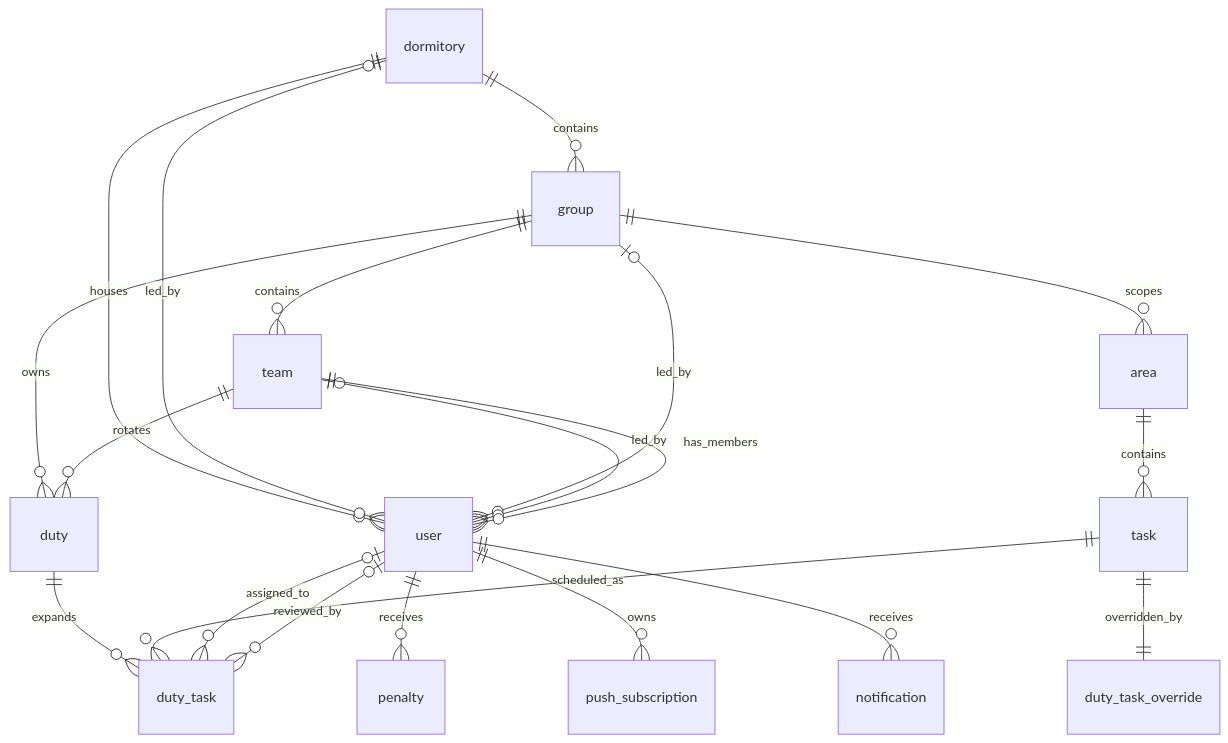
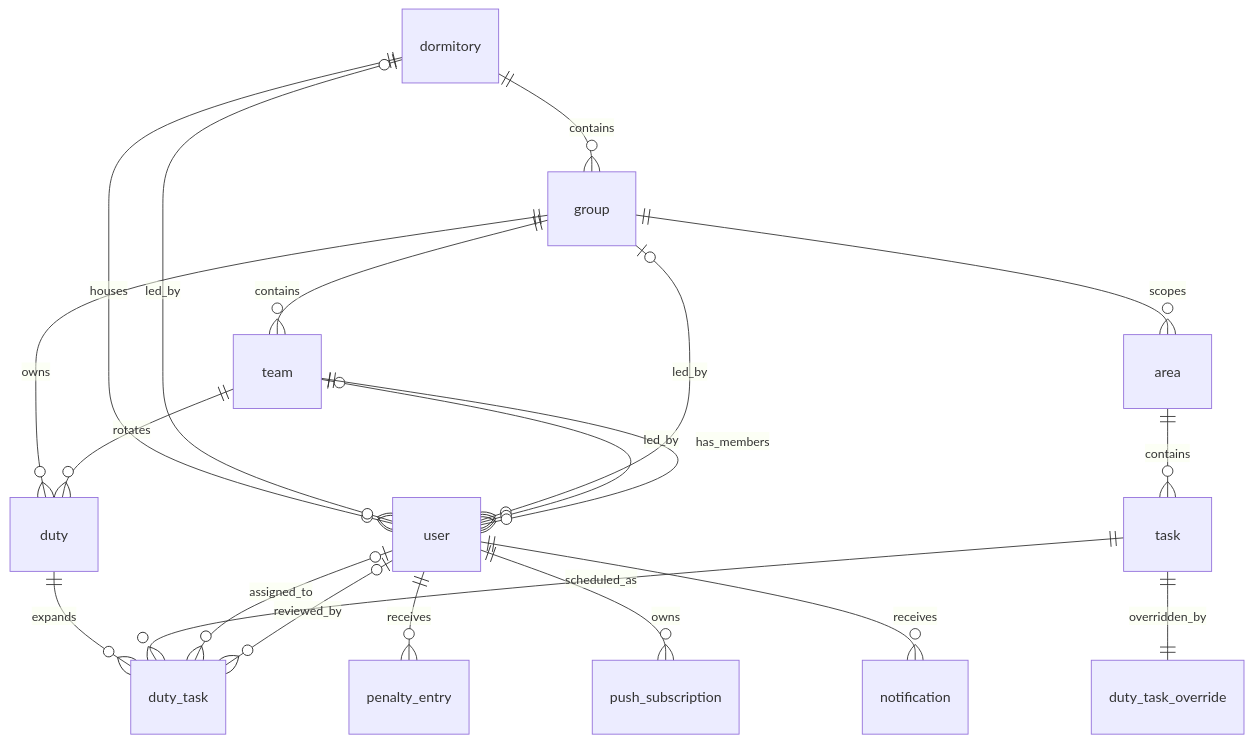
Before and after one commit to cetusw/dorm: the diagram in docs/architecture/database.md, drawn with Mermaid. The commit also changed other lines of this file and 32 other files, not shown here.

````diff
--- a/docs/architecture/database.md
+++ b/docs/architecture/database.md
@@ -171,28 +170,28 @@
 ```mermaid
 erDiagram
     dormitory ||--o{ group : contains
     dormitory ||--o{ user : houses
     dormitory o|--o{ user : led_by
 
     group ||--o{ team : contains
     group o|--o{ user : led_by
     group ||--o{ area : scopes
     group ||--o{ duty : owns
 
     team o|--o{ user : led_by
     team ||--o{ user : has_members
     team ||--o{ duty : rotates
 
     area ||--o{ task : contains
 
     duty ||--o{ duty_task : expands
     task ||--o{ duty_task : scheduled_as
     task ||--|| duty_task_override : overridden_by
 
     user o|--o{ duty_task : assigned_to
     user o|--o{ duty_task : reviewed_by
 
-    user ||--o{ penalty : receives
+    user ||--o{ penalty_entry : receives
     user ||--o{ push_subscription : owns
     user ||--o{ notification : receives
 ```
````
